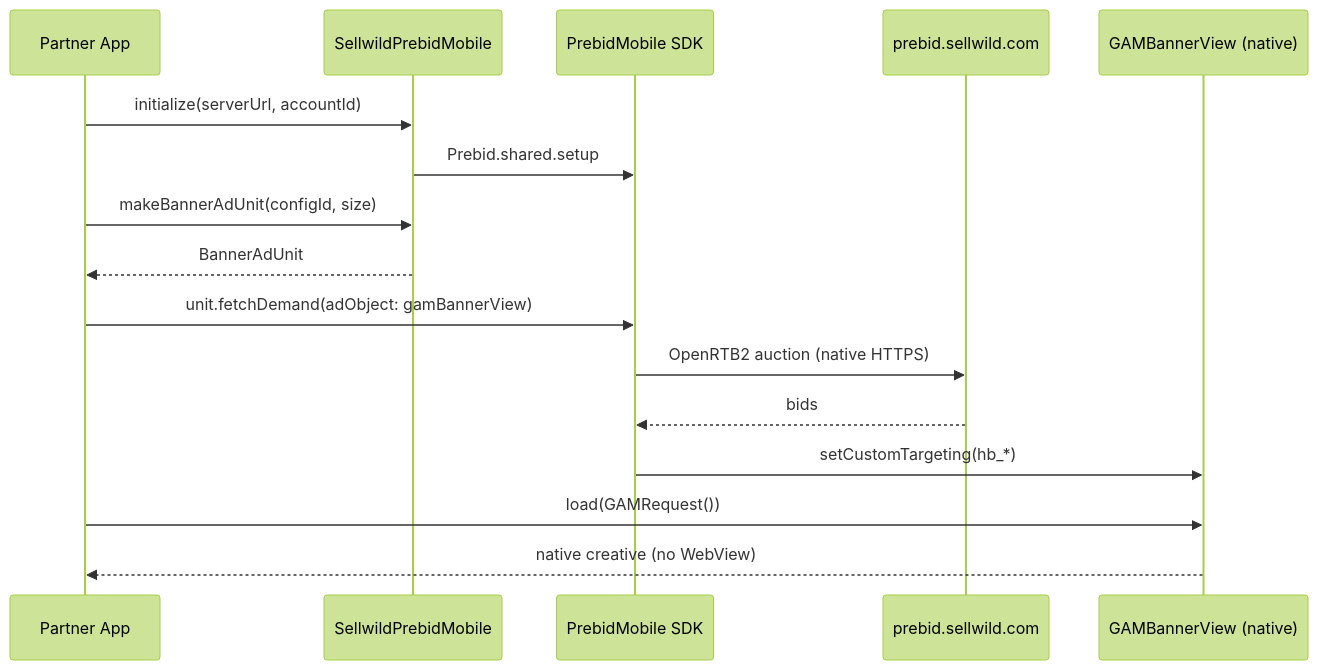
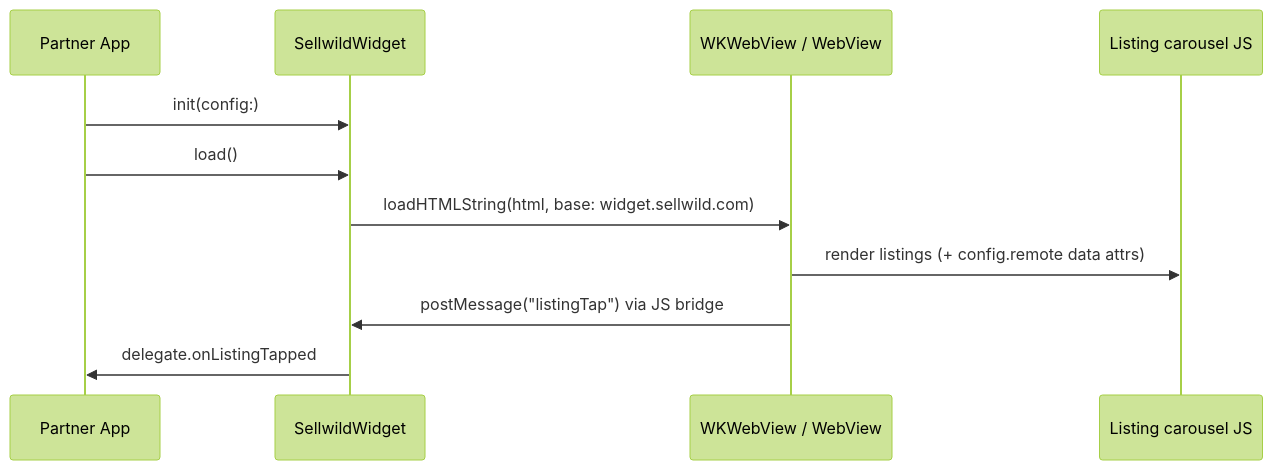
The fourth of 6 diagrams in ARCHITECTURE.md (Antengo/sellwild-sdk), drawn with Mermaid (forest theme) before and after one commit. The commit also changed other lines of this file and 4 other files, not shown here.

````diff
--- a/ARCHITECTURE.md
+++ b/ARCHITECTURE.md
@@ -143,19 +155,14 @@
 ```mermaid
 sequenceDiagram
     participant App as Partner App
-    participant Bridge as SellwildPrebidMobile
-    participant Prebid as PrebidMobile SDK
-    participant PBS as prebid.sellwild.com
-    participant GAM as GAMBannerView (native)
+    participant Widget as SellwildWidget
+    participant WV as WKWebView / WebView
+    participant Listings as Listing carousel JS
 
-    App->>Bridge: initialize(serverUrl, accountId)
-    Bridge->>Prebid: Prebid.shared.setup
-    App->>Bridge: makeBannerAdUnit(configId, size)
-    Bridge-->>App: BannerAdUnit
-    App->>Prebid: unit.fetchDemand(adObject: gamBannerView)
-    Prebid->>PBS: OpenRTB2 auction (native HTTPS)
-    PBS-->>Prebid: bids
-    Prebid->>GAM: setCustomTargeting(hb_*)
-    App->>GAM: load(GAMRequest())
-    GAM-->>App: native creative (no WebView)
+    App->>Widget: init(config:)
+    App->>Widget: load()
+    Widget->>WV: loadHTMLString(html, base: widget.sellwild.com)
+    WV->>Listings: render listings (+ config.remote data attrs)
+    WV->>Widget: postMessage("listingTap") via JS bridge
+    Widget->>App: delegate.onListingTapped
 ```
````
